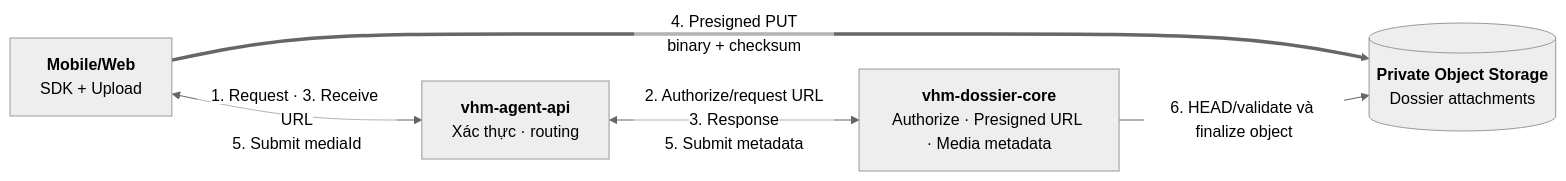
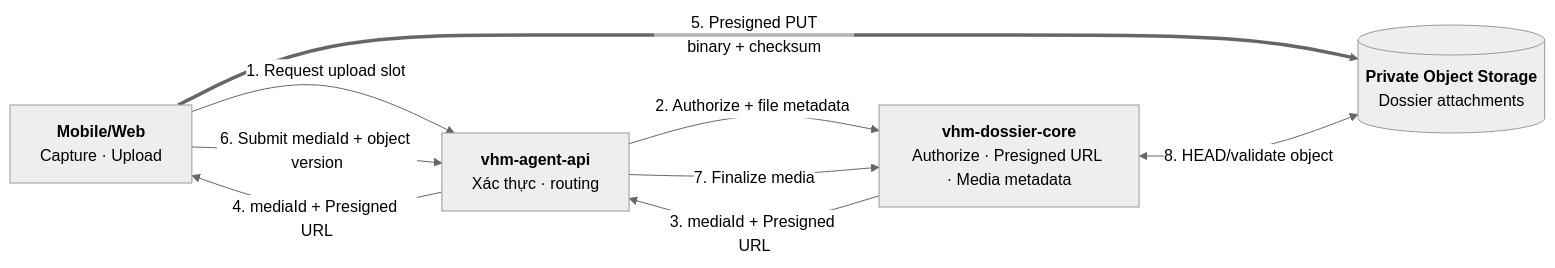
One commit to huynv-xyz/vhm changed the first of 10 diagrams in noxh.md. Above: the diagram before and after it, drawn with Mermaid (neutral theme). The commit also changed other lines of this file, not shown here.

````diff
--- a/noxh.md
+++ b/noxh.md
@@ -141,20 +149,21 @@
 ```mermaid
 flowchart LR
     AGENT["`**Mobile/Web**
-SDK + Upload`"]
+Capture · Upload`"]
     BFF["`**vhm-agent-api**
 Xác thực · routing`"]
     NOXH["`**vhm-dossier-core**
 Authorize · Presigned URL · Media metadata`"]
     MEDIA[("`**Private Object Storage**
 Dossier attachments`")]
 
-    AGENT <-->|"`1. Request · 3. Receive URL
-5. Submit mediaId`"| BFF
-    BFF <-->|"`2. Authorize/request URL
-3. Response
-5. Submit metadata`"| NOXH
-    AGENT ==>|"`4. Presigned PUT
+    AGENT -->|"1. Request upload slot"| BFF
+    BFF -->|"2. Authorize + file metadata"| NOXH
+    NOXH -->|"3. mediaId + Presigned URL"| BFF
+    BFF -->|"4. mediaId + Presigned URL"| AGENT
+    AGENT ==>|"`5. Presigned PUT
 binary + checksum`"| MEDIA
-    NOXH -->|"6. HEAD/validate và finalize object"| MEDIA
+    AGENT -->|"6. Submit mediaId + object version"| BFF
+    BFF -->|"7. Finalize media"| NOXH
+    NOXH <-->|"8. HEAD/validate object"| MEDIA
 ```
````
